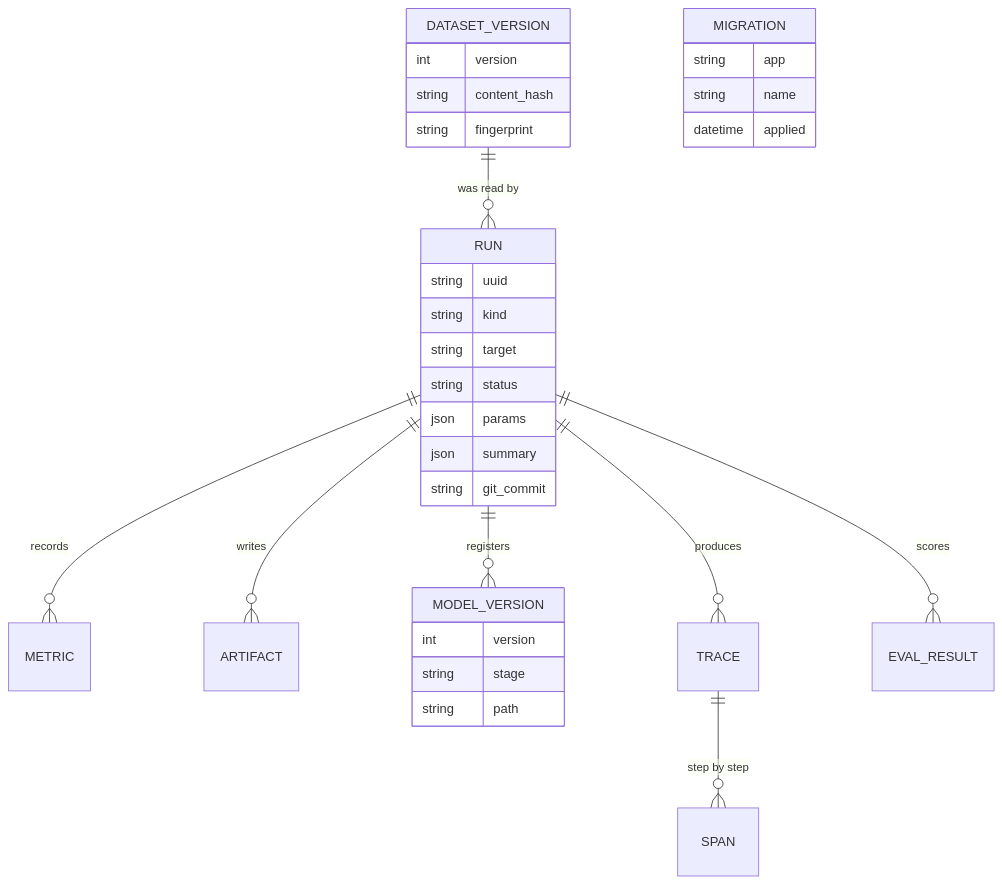
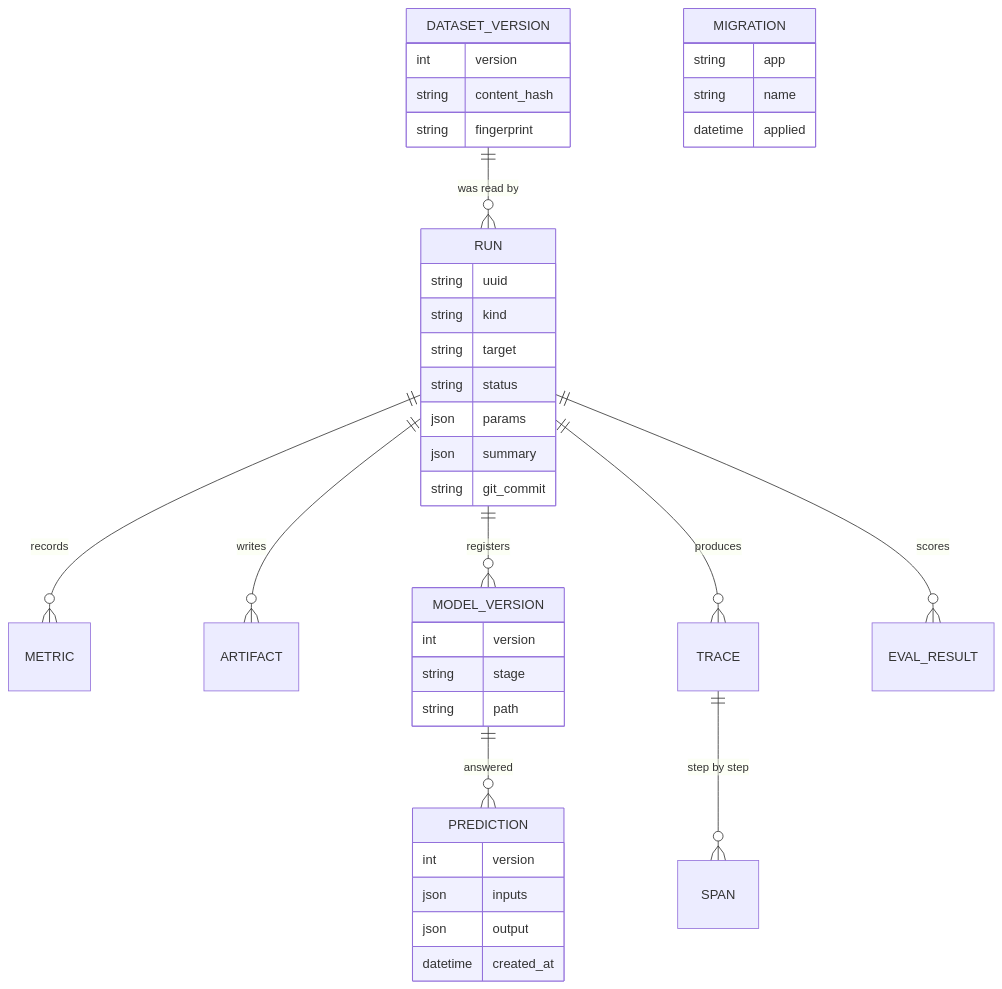
The fourth of 5 diagrams in docs/architecture.md (DenisDrobyshev/mlango), drawn with Mermaid before and after one commit. The commit also changed other lines of this file and 26 other files, not shown here.

````diff
--- a/docs/architecture.md
+++ b/docs/architecture.md
@@ -144,34 +144,41 @@
 ```mermaid
 erDiagram
     RUN ||--o{ METRIC : records
     RUN ||--o{ ARTIFACT : writes
     RUN ||--o{ MODEL_VERSION : registers
     RUN ||--o{ TRACE : produces
     RUN ||--o{ EVAL_RESULT : scores
     DATASET_VERSION ||--o{ RUN : "was read by"
     TRACE ||--o{ SPAN : "step by step"
     MIGRATION {
         string app
         string name
         datetime applied
     }
     RUN {
         string uuid
         string kind
         string target
         string status
         json params
         json summary
         string git_commit
     }
     MODEL_VERSION {
         int version
         string stage
         string path
     }
+    MODEL_VERSION ||--o{ PREDICTION : "answered"
+    PREDICTION {
+        int version
+        json inputs
+        json output
+        datetime created_at
+    }
     DATASET_VERSION {
         int version
         string content_hash
         string fingerprint
     }
 ```
````
